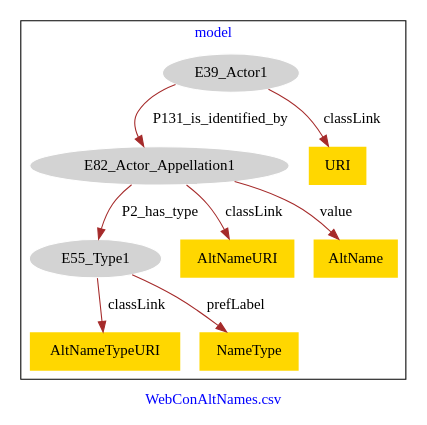
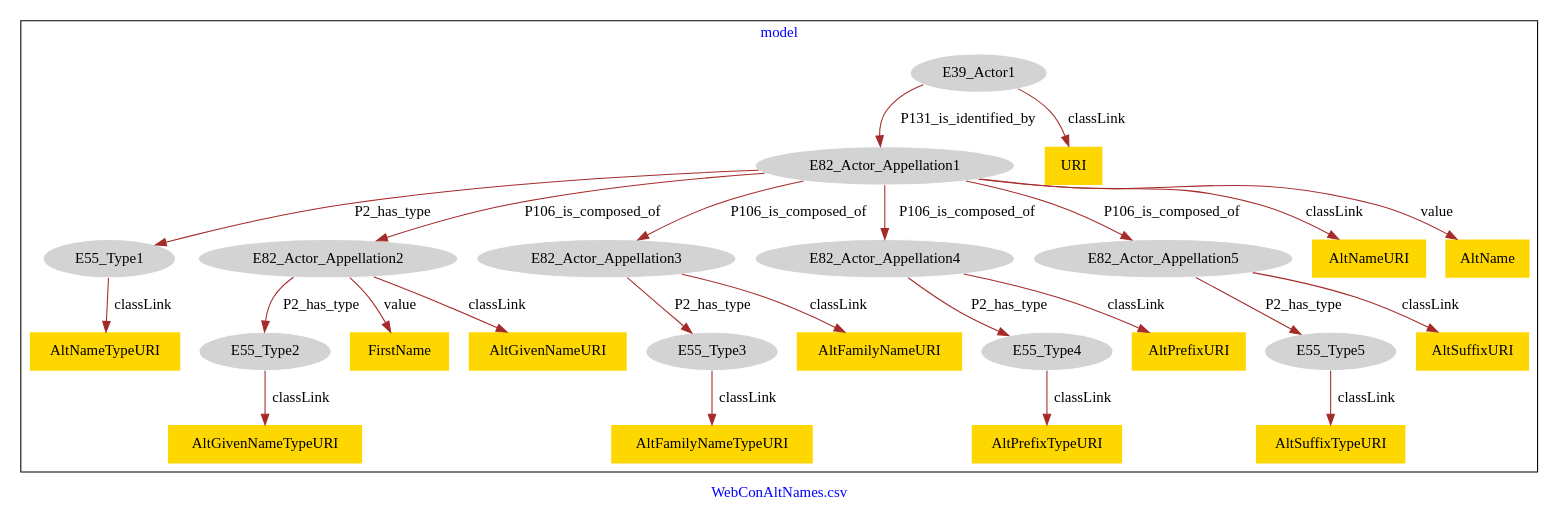
The diagram in Artist/WebConAltNames-model.dot (american-art/SAAM), drawn with Graphviz before and after one commit.

Commit message:
Update file WebConAltNames-model.dot

```diff
--- a/Artist/WebConAltNames-model.dot
+++ b/Artist/WebConAltNames-model.dot
@@ -1,23 +1,55 @@
 digraph n0 {
 fontcolor="blue"
 remincross="true"
 label="WebConAltNames.csv"
 subgraph cluster {
 label="model"
 n2[style="filled",color="white",fillcolor="lightgray",label="E39_Actor1"];
 n3[style="filled",color="white",fillcolor="lightgray",label="E82_Actor_Appellation1"];
 n4[style="filled",color="white",fillcolor="lightgray",label="E55_Type1"];
-n5[shape="plaintext",style="filled",fillcolor="gold",label="URI"];
-n6[shape="plaintext",style="filled",fillcolor="gold",label="AltNameURI"];
-n7[shape="plaintext",style="filled",fillcolor="gold",label="AltName"];
-n8[shape="plaintext",style="filled",fillcolor="gold",label="AltNameTypeURI"];
-n9[shape="plaintext",style="filled",fillcolor="gold",label="NameType"];
+n5[style="filled",color="white",fillcolor="lightgray",label="E82_Actor_Appellation2"];
+n6[style="filled",color="white",fillcolor="lightgray",label="E82_Actor_Appellation3"];
+n7[style="filled",color="white",fillcolor="lightgray",label="E82_Actor_Appellation4"];
+n8[style="filled",color="white",fillcolor="lightgray",label="E82_Actor_Appellation5"];
+n9[style="filled",color="white",fillcolor="lightgray",label="E55_Type2"];
+n10[style="filled",color="white",fillcolor="lightgray",label="E55_Type3"];
+n11[style="filled",color="white",fillcolor="lightgray",label="E55_Type4"];
+n12[style="filled",color="white",fillcolor="lightgray",label="E55_Type5"];
+n13[shape="plaintext",style="filled",fillcolor="gold",label="AltFamilyNameTypeURI"];
+n14[shape="plaintext",style="filled",fillcolor="gold",label="AltGivenNameTypeURI"];
+n15[shape="plaintext",style="filled",fillcolor="gold",label="AltNameURI"];
+n16[shape="plaintext",style="filled",fillcolor="gold",label="AltNameTypeURI"];
+n17[shape="plaintext",style="filled",fillcolor="gold",label="URI"];
+n18[shape="plaintext",style="filled",fillcolor="gold",label="AltSuffixURI"];
+n19[shape="plaintext",style="filled",fillcolor="gold",label="FirstName"];
+n20[shape="plaintext",style="filled",fillcolor="gold",label="AltSuffixTypeURI"];
+n21[shape="plaintext",style="filled",fillcolor="gold",label="AltPrefixTypeURI"];
+n22[shape="plaintext",style="filled",fillcolor="gold",label="AltName"];
+n23[shape="plaintext",style="filled",fillcolor="gold",label="AltPrefixURI"];
+n24[shape="plaintext",style="filled",fillcolor="gold",label="AltGivenNameURI"];
+n25[shape="plaintext",style="filled",fillcolor="gold",label="AltFamilyNameURI"];
 }
 n2 -> n3[color="brown",fontcolor="black",label="P131_is_identified_by"]
 n3 -> n4[color="brown",fontcolor="black",label="P2_has_type"]
-n2 -> n5[color="brown",fontcolor="black",label="classLink"]
-n3 -> n6[color="brown",fontcolor="black",label="classLink"]
-n3 -> n7[color="brown",fontcolor="black",label="value"]
-n4 -> n8[color="brown",fontcolor="black",label="classLink"]
-n4 -> n9[color="brown",fontcolor="black",label="prefLabel"]
+n3 -> n5[color="brown",fontcolor="black",label="P106_is_composed_of"]
+n3 -> n6[color="brown",fontcolor="black",label="P106_is_composed_of"]
+n3 -> n7[color="brown",fontcolor="black",label="P106_is_composed_of"]
+n3 -> n8[color="brown",fontcolor="black",label="P106_is_composed_of"]
+n5 -> n9[color="brown",fontcolor="black",label="P2_has_type"]
+n6 -> n10[color="brown",fontcolor="black",label="P2_has_type"]
+n7 -> n11[color="brown",fontcolor="black",label="P2_has_type"]
+n8 -> n12[color="brown",fontcolor="black",label="P2_has_type"]
+n10 -> n13[color="brown",fontcolor="black",label="classLink"]
+n9 -> n14[color="brown",fontcolor="black",label="classLink"]
+n3 -> n15[color="brown",fontcolor="black",label="classLink"]
+n4 -> n16[color="brown",fontcolor="black",label="classLink"]
+n2 -> n17[color="brown",fontcolor="black",label="classLink"]
+n8 -> n18[color="brown",fontcolor="black",label="classLink"]
+n5 -> n19[color="brown",fontcolor="black",label="value"]
+n12 -> n20[color="brown",fontcolor="black",label="classLink"]
+n11 -> n21[color="brown",fontcolor="black",label="classLink"]
+n3 -> n22[color="brown",fontcolor="black",label="value"]
+n7 -> n23[color="brown",fontcolor="black",label="classLink"]
+n5 -> n24[color="brown",fontcolor="black",label="classLink"]
+n6 -> n25[color="brown",fontcolor="black",label="classLink"]
 }
```
